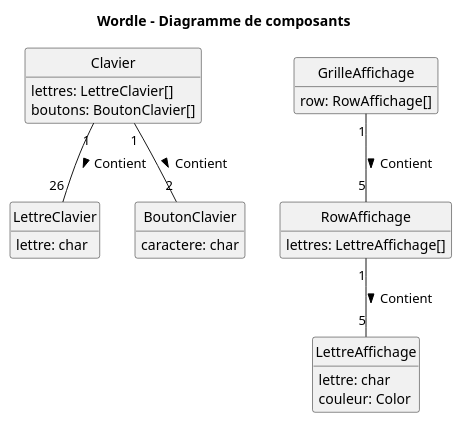
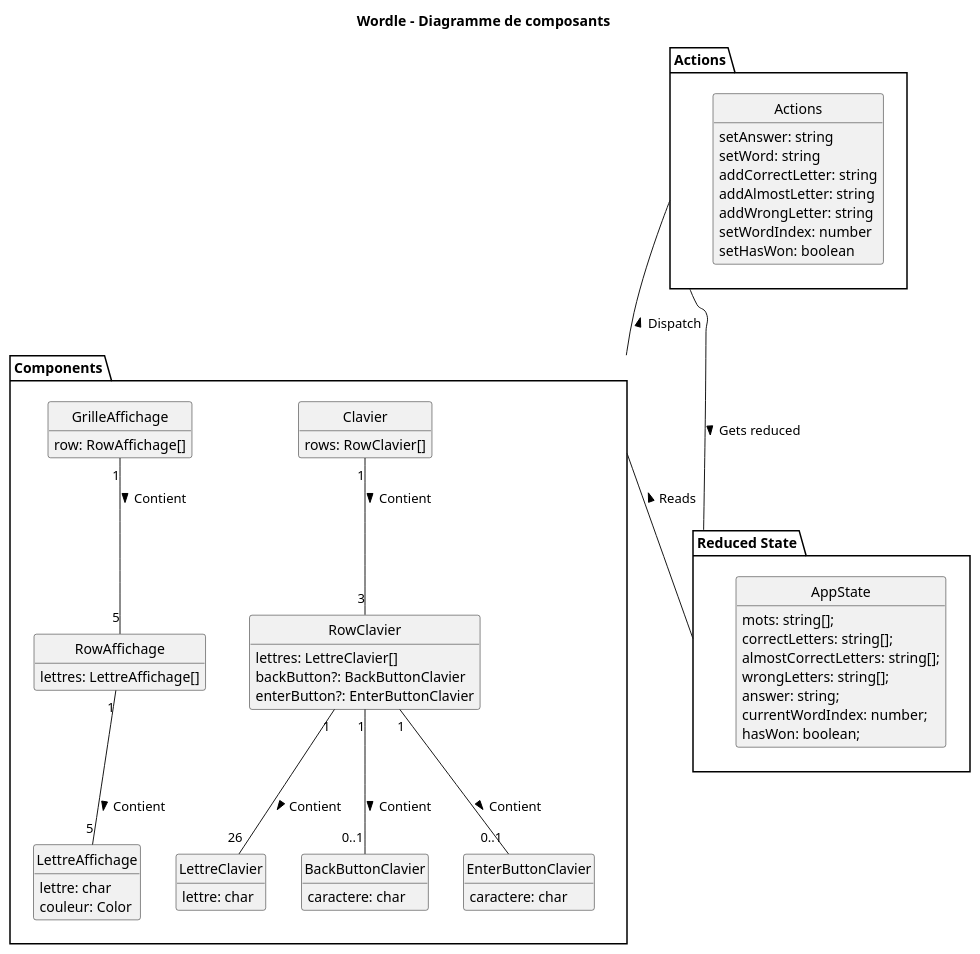
Before and after one commit to G-lalonde/wordle-clone: the diagram in doc/mdd.puml, drawn with PlantUML. The commit also changed 3 other files, not shown here.

```diff
--- a/doc/mdd.puml
+++ b/doc/mdd.puml
@@ -1,38 +1,78 @@
 @startuml MDD
 skinparam style strictuml
 hide methods
 hide empty members
 title Wordle - Diagramme de composants
 
-class LettreClavier {
-  lettre: char
+package "Reduced State" {
+  class AppState {
+    mots: string[];
+    correctLetters: string[];
+    almostCorrectLetters: string[];
+    wrongLetters: string[];
+    answer: string;
+    currentWordIndex: number;
+    hasWon: boolean;
+  }
 }
 
-class BoutonClavier {
-  caractere: char
+package "Actions" {
+  class Actions {
+    setAnswer: string
+    setWord: string
+    addCorrectLetter: string
+    addAlmostLetter: string
+    addWrongLetter: string
+    setWordIndex: number
+    setHasWon: boolean
+  }
 }
 
-class Clavier {
-  lettres: LettreClavier[]
-  boutons: BoutonClavier[]
-}
+package "Components" {
+  class LettreClavier {
+    lettre: char
+  }
 
-class LettreAffichage {
-  lettre: char
-  couleur: Color
-}
+  class BackButtonClavier {
+    caractere: char
+  }
 
-class RowAffichage {
-    lettres: LettreAffichage[]
-}
+  class EnterButtonClavier {
+    caractere: char
+  }
 
-class GrilleAffichage {
-    row: RowAffichage[]
+  class Clavier {
+    rows: RowClavier[]
+  }
+
+  class RowClavier {
+    lettres: LettreClavier[]
+    backButton?: BackButtonClavier
+    enterButton?: EnterButtonClavier
+  }
+
+  class LettreAffichage {
+    lettre: char
+    couleur: Color
+  }
+
+  class RowAffichage {
+      lettres: LettreAffichage[]
+  }
+
+  class GrilleAffichage {
+      row: RowAffichage[]
+  }
 }
 
 GrilleAffichage "1" -down- "5" RowAffichage : Contient >
 RowAffichage "1" -down- "5" LettreAffichage : Contient >
-Clavier "1" -down- "26" LettreClavier: Contient >
-Clavier "1" -down- "2" BoutonClavier: Contient >
+Clavier "1" -down- "3" RowClavier: Contient >
+RowClavier "1" -down- "26" LettreClavier: Contient >
+RowClavier "1" -down- "0..1" BackButtonClavier: Contient >
+RowClavier "1" -down- "0..1" EnterButtonClavier: Contient >
+Components -up- Actions: Dispatch >
+Actions -right- "Reduced State": Gets reduced >
+Components -down- "Reduced State": < Reads
 
 @enduml
```
